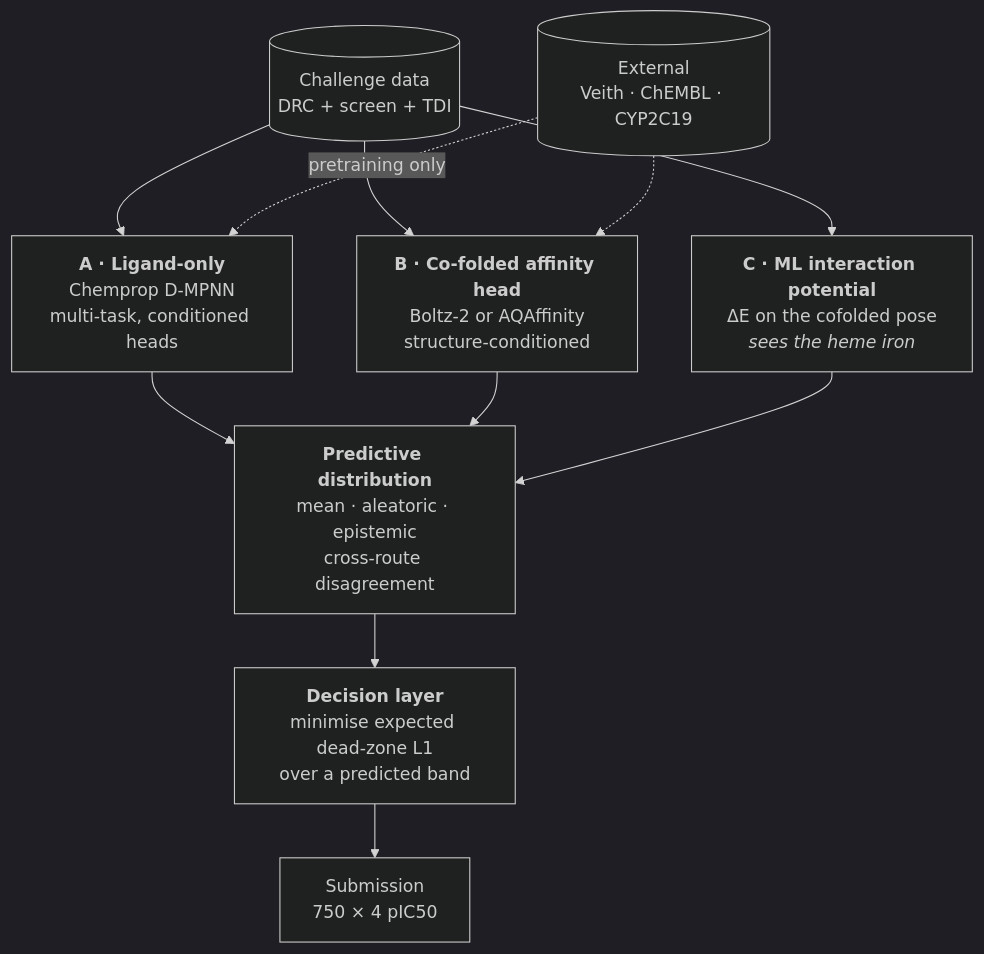
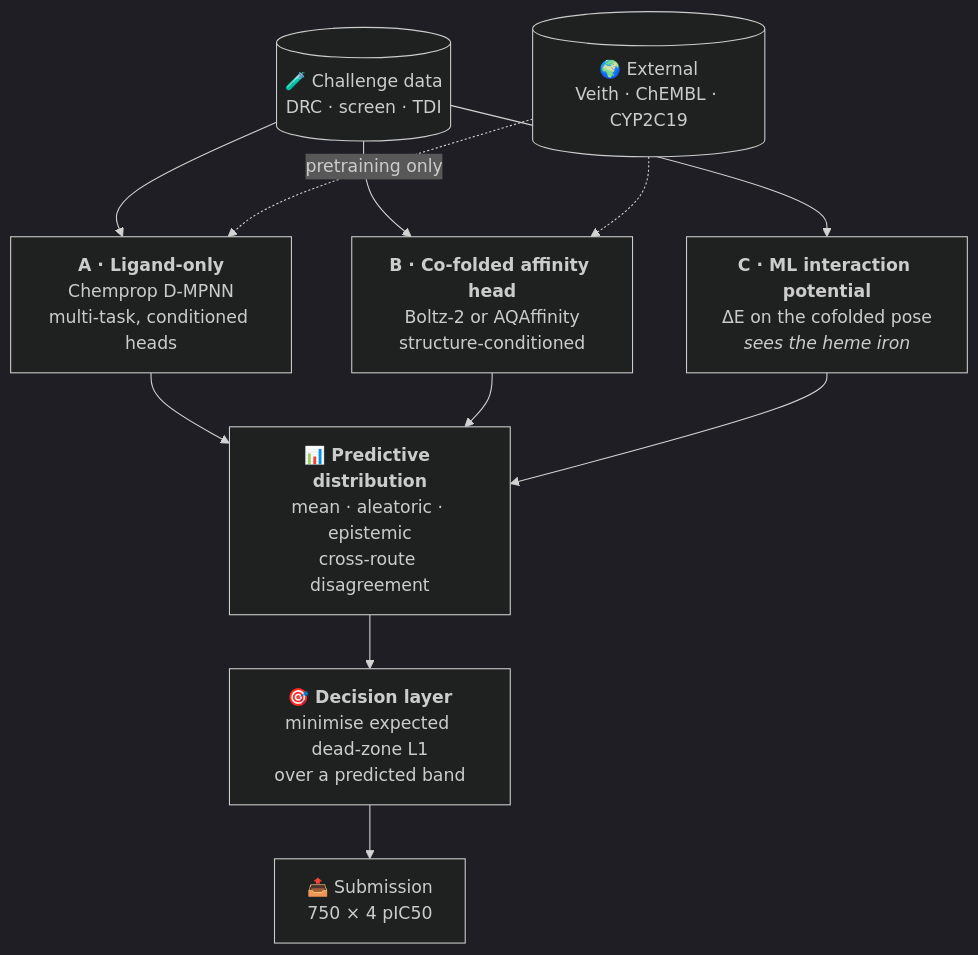
One commit to SimonCrouzet/CYP-Shift changed the diagram in README.md. Above: the diagram before and after it, drawn with Mermaid (dark theme). The commit also changed other lines of this file, not shown here.

````diff
--- a/README.md
+++ b/README.md
@@ -58,19 +102,19 @@
 ```mermaid
 flowchart TD
-    D[("Challenge data<br/>DRC + screen + TDI")] --> A
+    D[("🧪 Challenge data<br/>DRC · screen · TDI")] --> A
     D --> B
     D --> C
-    X[("External<br/>Veith · ChEMBL · CYP2C19")] -.pretraining only.-> A
+    X[("🌍 External<br/>Veith · ChEMBL · CYP2C19")] -.pretraining only.-> A
     X -.-> B
 
     A["<b>A · Ligand-only</b><br/>Chemprop D-MPNN<br/>multi-task, conditioned heads"]
     B["<b>B · Co-folded affinity head</b><br/>Boltz-2 or AQAffinity<br/>structure-conditioned"]
     C["<b>C · ML interaction potential</b><br/>ΔE on the cofolded pose<br/><i>sees the heme iron</i>"]
 
     A --> P
     B --> P
     C --> P
-    P["<b>Predictive distribution</b><br/>mean · aleatoric · epistemic<br/>cross-route disagreement"]
-    P --> Q["<b>Decision layer</b><br/>minimise expected dead-zone L1<br/>over a predicted band"]
-    Q --> S["Submission<br/>750 × 4 pIC50"]
+    P["<b>📊 Predictive distribution</b><br/>mean · aleatoric · epistemic<br/>cross-route disagreement"]
+    P --> Q["<b>🎯 Decision layer</b><br/>minimise expected dead-zone L1<br/>over a predicted band"]
+    Q --> S["📤 Submission<br/>750 × 4 pIC50"]
 ```
````
